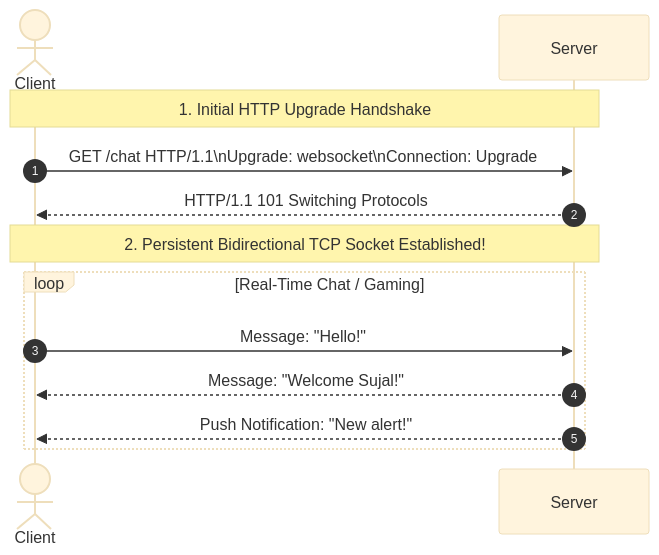
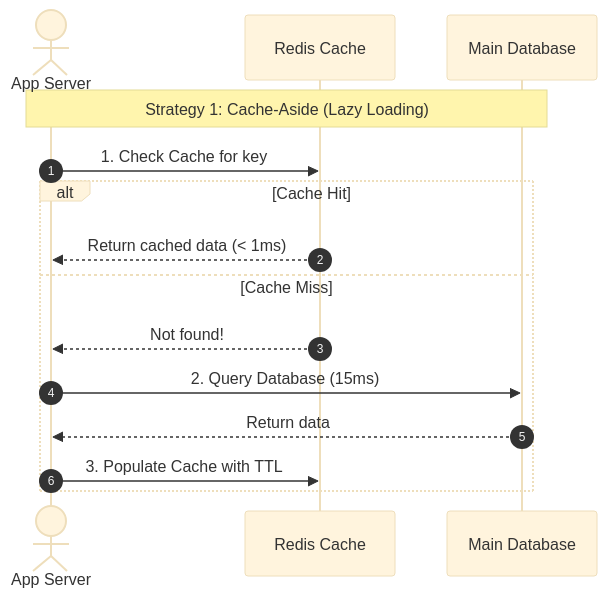
Diagram 19 of 24 in README.md (Sujalkathait/high-level-design), drawn with Mermaid (base theme) before and after one commit. The commit also changed other lines of this file, not shown here.

Commit message:
docs: cover Phases 1-6 (Architecture, Caching, Databases, Scalability, Load Balancing) with visual diagrams

````diff
--- a/README.md
+++ b/README.md
@@ -602,17 +728,18 @@
 ```mermaid
 sequenceDiagram
     autonumber
-    actor Client
-    participant Server
+    actor App as App Server
+    participant Cache as Redis Cache
+    participant DB as Main Database
 
-    Note over Client,Server: 1. Initial HTTP Upgrade Handshake
-    Client->>Server: GET /chat HTTP/1.1\nUpgrade: websocket\nConnection: Upgrade
-    Server-->>Client: HTTP/1.1 101 Switching Protocols
-    Note over Client,Server: 2. Persistent Bidirectional TCP Socket Established!
-    
-    loop Real-Time Chat / Gaming
-        Client->>Server: Message: "Hello!"
-        Server-->>Client: Message: "Welcome Sujal!"
-        Server-->>Client: Push Notification: "New alert!"
+    Note over App,DB: Strategy 1: Cache-Aside (Lazy Loading)
+    App->>Cache: 1. Check Cache for key
+    alt Cache Hit
+        Cache-->>App: Return cached data (< 1ms)
+    else Cache Miss
+        Cache-->>App: Not found!
+        App->>DB: 2. Query Database (15ms)
+        DB-->>App: Return data
+        App->>Cache: 3. Populate Cache with TTL
     end
 ```
````
